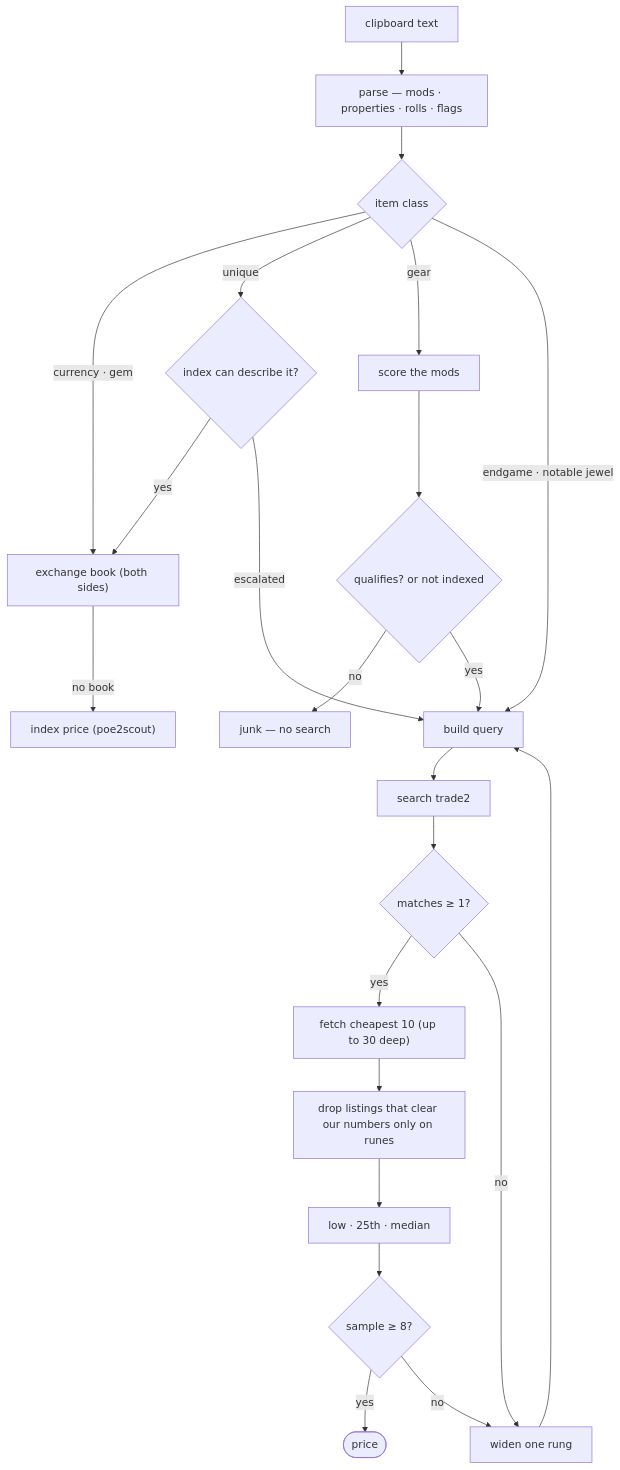
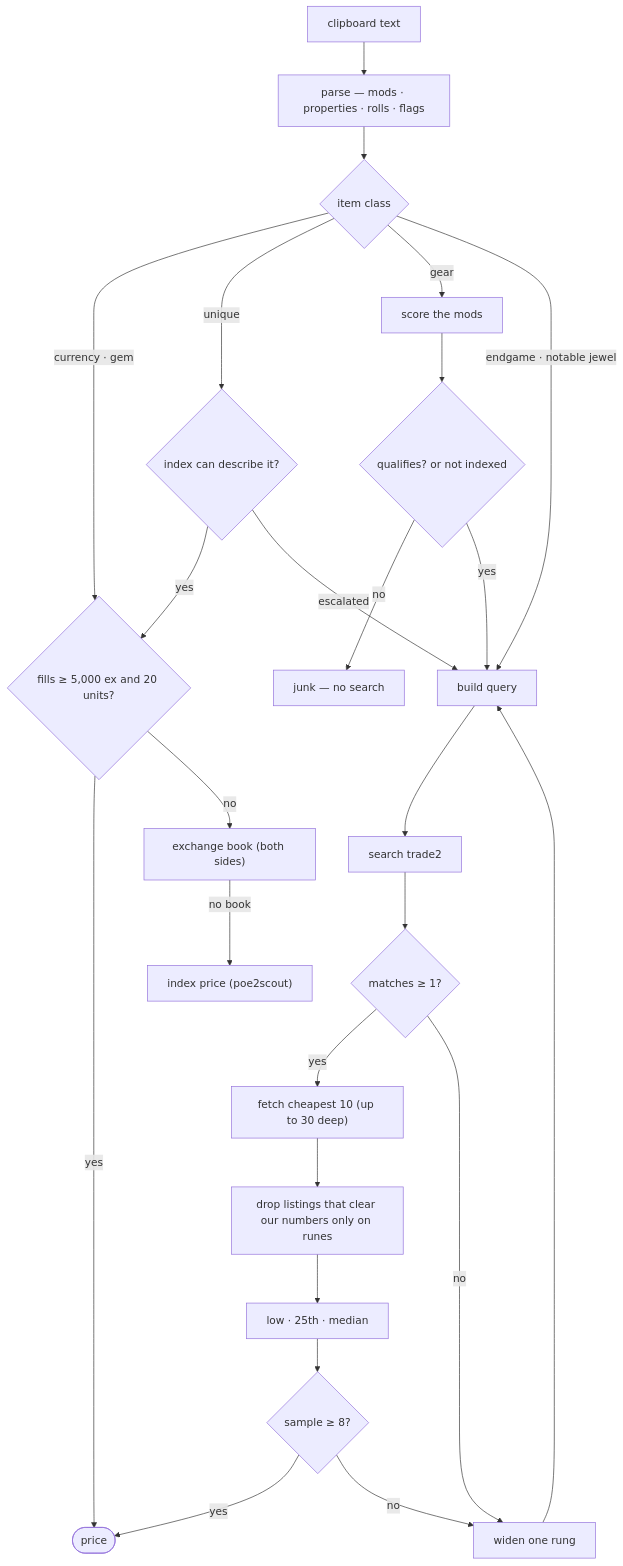
Before and after one commit to wai-lau/stash-of-exile: the diagram in docs/pricing-algorithm.md, drawn with Mermaid. The commit also changed other lines of this file and 13 other files, not shown here.

First line of the commit message:
feat(exchange): fills need a market, and a session never waits on them

````diff
--- a/docs/pricing-algorithm.md
+++ b/docs/pricing-algorithm.md
@@ -16,25 +16,27 @@
 ```mermaid
 flowchart TD
     clip[clipboard text] --> parse["parse — mods · properties · rolls · flags"]
     parse --> kind{item class}
-    kind -- "currency · gem" --> book["exchange book (both sides)"]
+    kind -- "currency · gem" --> fills{"fills ≥ 5,000 ex and 20 units?"}
+    fills -- yes --> price([price])
+    fills -- no --> book["exchange book (both sides)"]
     kind -- unique --> desc{"index can describe it?"}
-    desc -- yes --> book
+    desc -- yes --> fills
     desc -- escalated --> build[build query]
     book -- no book --> index["index price (poe2scout)"]
     kind -- gear --> score[score the mods]
     score --> qual{"qualifies? or not indexed"}
     qual -- no --> junk["junk — no search"]
     qual -- yes --> build
     kind -- "endgame · notable jewel" --> build
     build --> search[search trade2]
     search --> m{"matches ≥ 1?"}
     m -- yes --> fetch["fetch cheapest 10 (up to 30 deep)"]
     fetch --> drop["drop listings that clear our numbers only on runes"]
     drop --> stats["low · 25th · median"]
     stats --> s{"sample ≥ 8?"}
     s -- yes --> price([price])
     m -- no --> widen[widen one rung]
     s -- no --> widen
     widen --> build
 ```
````
